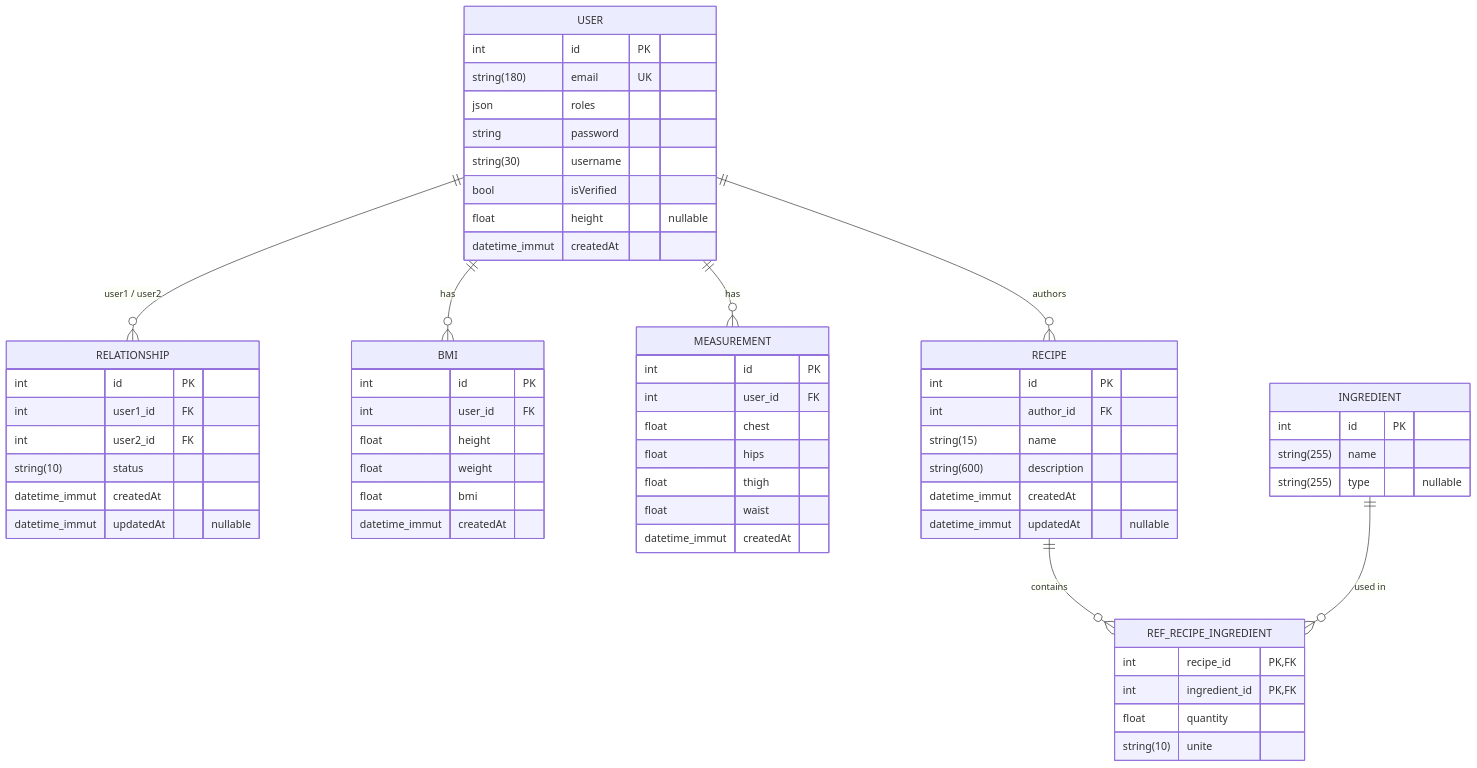
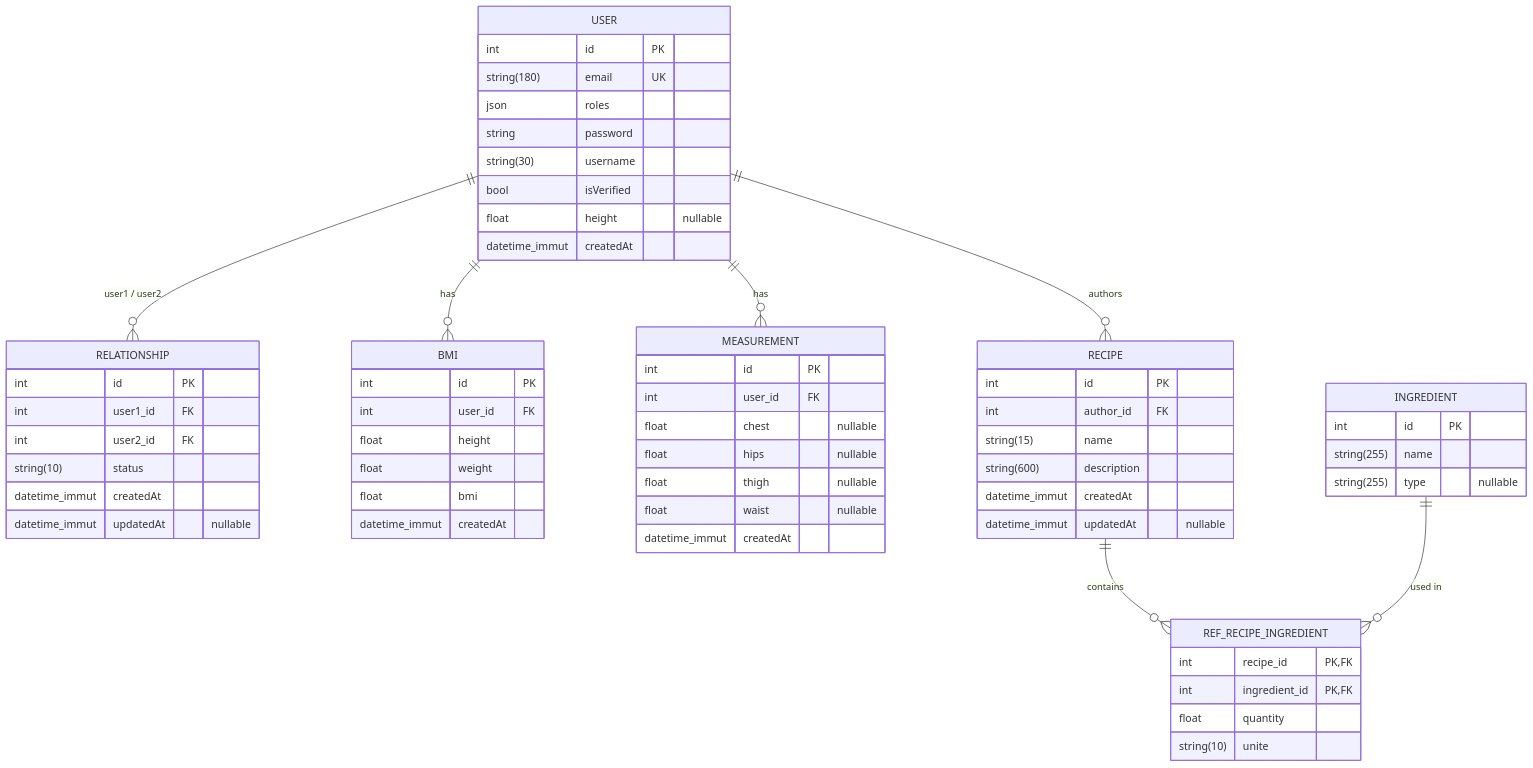
Before and after one commit to EECKHOUTRemi/MesApplisHF: the diagram in README.md, drawn with Mermaid. The commit also changed other lines of this file, not shown here.

````diff
--- a/README.md
+++ b/README.md
@@ -67,70 +84,70 @@
 ```mermaid
 erDiagram
     USER ||--o{ RELATIONSHIP    : "user1 / user2"
     USER ||--o{ BMI    : has
     USER ||--o{ MEASUREMENT : has
     USER ||--o{ RECIPE          : authors
     RECIPE ||--o{ REF_RECIPE_INGREDIENT : contains
     INGREDIENT ||--o{ REF_RECIPE_INGREDIENT : "used in"
 
     USER {
         int             id PK
         string(180)     email UK
         json            roles
         string          password
         string(30)      username
         bool            isVerified
         float           height "nullable"
         datetime_immut  createdAt
     }
 
     RELATIONSHIP {
         int             id PK
         int             user1_id FK
         int             user2_id FK
         string(10)      status
         datetime_immut  createdAt
         datetime_immut  updatedAt "nullable"
     }
 
     BMI {
         int             id PK
         int             user_id FK
         float           height
         float           weight
         float           bmi
         datetime_immut  createdAt
     }
 
     MEASUREMENT {
         int             id PK
         int             user_id FK
-        float           chest
-        float           hips
-        float           thigh
-        float           waist
+        float           chest "nullable"
+        float           hips "nullable"
+        float           thigh "nullable"
+        float           waist "nullable"
         datetime_immut  createdAt
     }
 
     RECIPE {
         int             id PK
         int             author_id FK
         string(15)      name
         string(600)     description
         datetime_immut  createdAt
         datetime_immut  updatedAt "nullable"
     }
 
     INGREDIENT {
         int             id PK
         string(255)     name
         string(255)     type "nullable"
     }
 
     REF_RECIPE_INGREDIENT {
         int             recipe_id PK,FK
         int             ingredient_id PK,FK
         float           quantity
         string(10)      unite
     }
 ```
````
